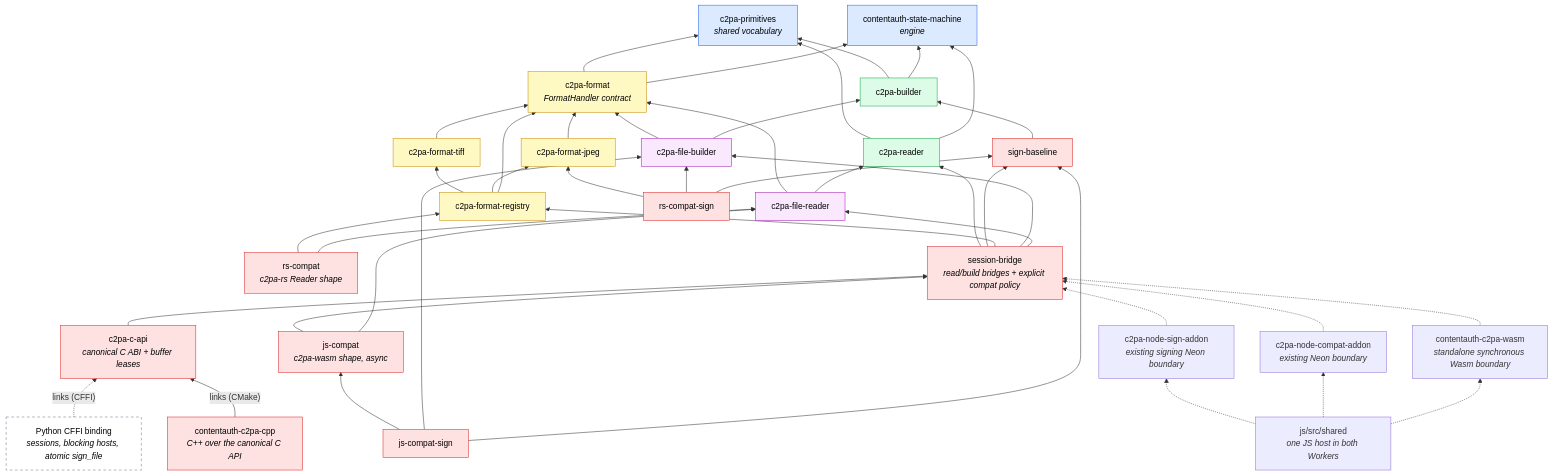
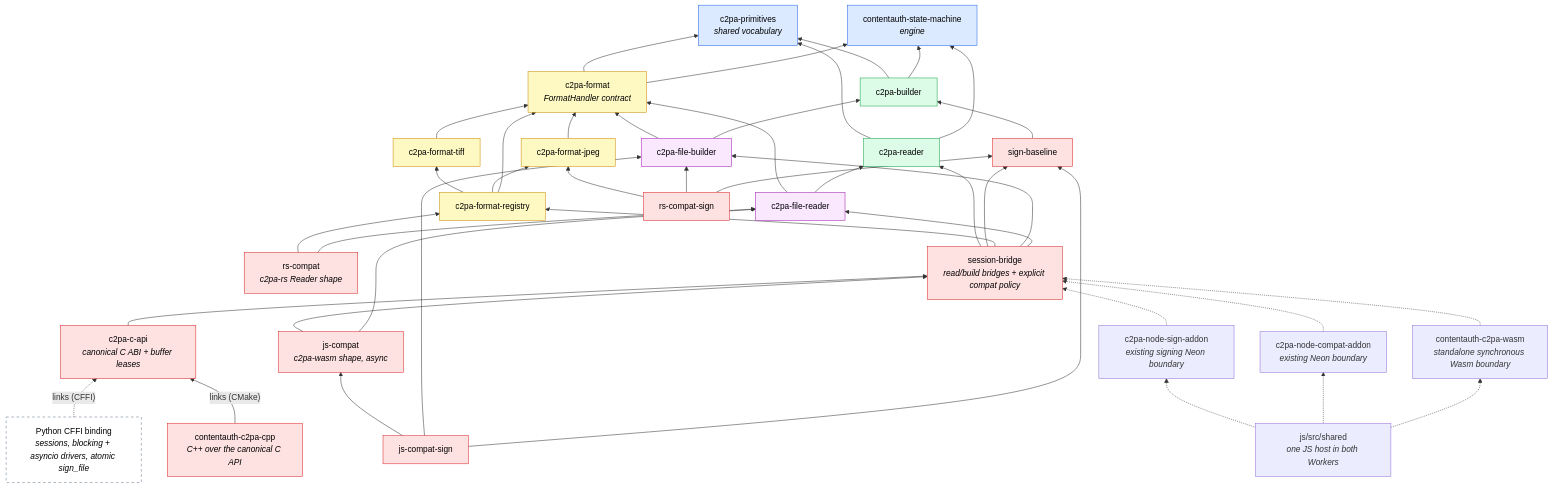
Before and after one commit to scouten/state-machine-experiment: the first of 2 diagrams in docs/walkthrough/02-architecture.md, drawn with Mermaid. The commit also changed other lines of this file and 10 other files, not shown here.

First line of the commit message:
Add asyncio drivers with cancellation-safe thread adapters

````diff
--- a/docs/walkthrough/02-architecture.md
+++ b/docs/walkthrough/02-architecture.md
@@ -16,66 +16,66 @@
 ```mermaid
 flowchart BT
     SM["contentauth-state-machine<br/><i>engine</i>"]
     PR["c2pa-primitives<br/><i>shared vocabulary</i>"]
 
     RD["c2pa-reader"]
     BD["c2pa-builder"]
     FM["c2pa-format<br/><i>FormatHandler contract</i>"]
 
     JP["c2pa-format-jpeg"]
     TF["c2pa-format-tiff"]
     RG["c2pa-format-registry"]
 
     FR["c2pa-file-reader"]
     FB["c2pa-file-builder"]
 
     RSC["rs-compat<br/><i>c2pa-rs Reader shape</i>"]
     JSC["js-compat<br/><i>c2pa-wasm shape, async</i>"]
     BR["session-bridge<br/><i>read/build bridges + explicit compat policy</i>"]
 
     SB["sign-baseline"]
     RSS["rs-compat-sign"]
     JSS["js-compat-sign"]
     HOST["js/src/shared<br/><i>one JS host in both Workers</i>"]
     PW["contentauth-c2pa-wasm<br/><i>standalone synchronous Wasm boundary</i>"]
     PN["c2pa-node-compat-addon<br/><i>existing Neon boundary</i>"]
     PNS["c2pa-node-sign-addon<br/><i>existing signing Neon boundary</i>"]
     CPP["contentauth-c2pa-cpp<br/><i>C++ over the canonical C API</i>"]
-    PY["Python CFFI binding<br/><i>sessions, blocking hosts, atomic sign_file</i>"]
+    PY["Python CFFI binding<br/><i>sessions, blocking + asyncio drivers, atomic sign_file</i>"]
     CAPI["c2pa-c-api<br/><i>canonical C ABI + buffer leases</i>"]
 
     RD --> SM & PR
     BD --> SM & PR
     FM --> SM & PR
     JP --> FM
     TF --> FM
     RG --> FM & JP & TF
     FR --> RD & FM
     FB --> BD & FM
     RSC --> FR & RG
     JSC --> FR & BR
     BR --> FR & FB & RG & SB & RD
     SB --> BD
     RSS --> SB & FB & JP
     JSS --> SB & FB & JSC
     HOST -.-> PW & PN & PNS
     PW -.-> BR
     PN -.-> BR
     PNS -.-> BR
     CPP -->|"links (CMake)"| CAPI
     PY -.->|"links (CFFI)"| CAPI
     CAPI --> BR
 
     classDef engine fill:#dbeafe,stroke:#2563eb,color:#000
     classDef core fill:#dcfce7,stroke:#16a34a,color:#000
     classDef fmt fill:#fef9c3,stroke:#ca8a04,color:#000
     classDef glue fill:#fae8ff,stroke:#a21caf,color:#000
     classDef bind fill:#fee2e2,stroke:#dc2626,color:#000
     classDef proposed fill:#fff,stroke:#64748b,stroke-dasharray:5 5,color:#000
     class SM,PR engine
     class RD,BD core
     class FM,JP,TF,RG fmt
     class FR,FB glue
     class RSC,JSC,BR,CPP,SB,RSS,JSS,CAPI bind
     class PY proposed
 ```
````
